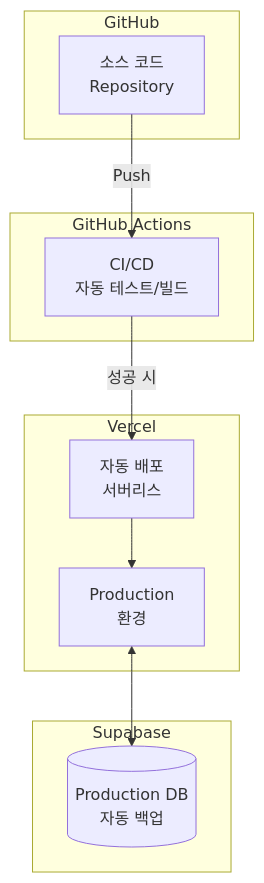
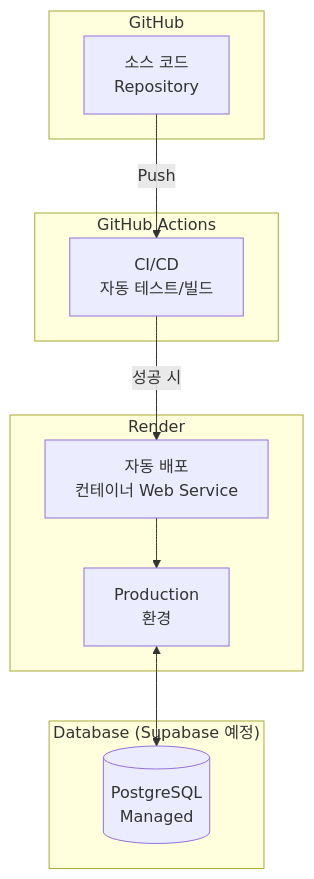
One commit to midopa-dept/python-code-judge changed the seventh of 7 diagrams in docs/5-arch-diagram.md. Above: the diagram before and after it, drawn with Mermaid. The commit also changed other lines of this file and 4 other files, not shown here.

````diff
--- a/docs/5-arch-diagram.md
+++ b/docs/5-arch-diagram.md
@@ -188,24 +266,24 @@
 ```mermaid
 graph TB
     subgraph "GitHub"
         Code[소스 코드<br/>Repository]
     end
 
     subgraph "GitHub Actions"
         CI[CI/CD<br/>자동 테스트/빌드]
     end
 
-    subgraph "Vercel"
-        Deploy[자동 배포<br/>서버리스]
+    subgraph "Render"
+        Deploy[자동 배포<br/>컨테이너 Web Service]
         Prod[Production<br/>환경]
     end
 
-    subgraph "Supabase"
-        ProdDB[(Production DB<br/>자동 백업)]
+    subgraph "Database (Supabase 예정)"
+        ProdDB[(PostgreSQL<br/>Managed)]
     end
 
     Code -->|Push| CI
     CI -->|성공 시| Deploy
     Deploy --> Prod
     Prod <--> ProdDB
 ```
````
